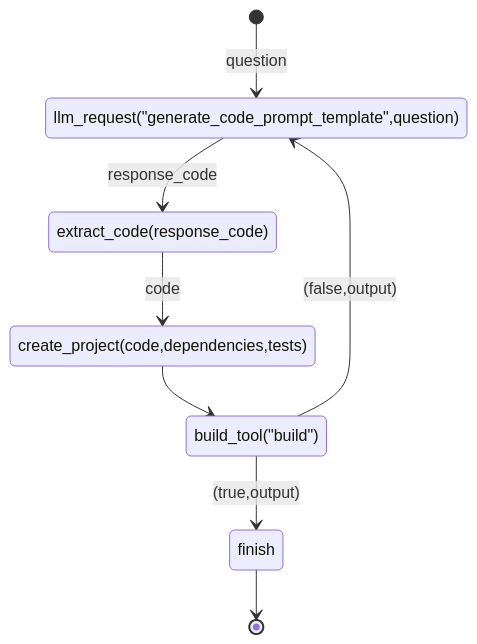
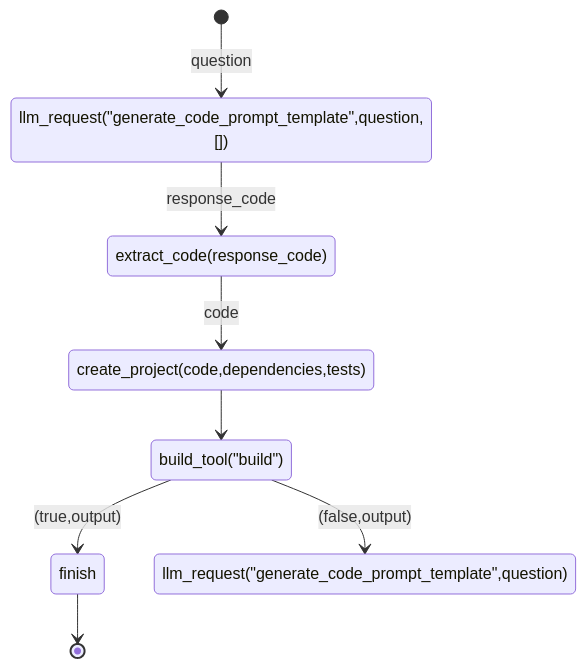
Before and after one commit to rizgan/LLM-Logic-Exec-Verify: the diagram in state.md, drawn with Mermaid.

````diff
--- a/state.md
+++ b/state.md
@@ -20,10 +20,10 @@
 ```mermaid
 stateDiagram
-[*] --> llm_request("generate_code_prompt_template",question) : question
-llm_request("generate_code_prompt_template",question) --> extract_code(response_code) : response_code
+[*] --> llm_request("generate_code_prompt_template",question,[]) : question
+llm_request("generate_code_prompt_template",question,[]) --> extract_code(response_code) : response_code
 extract_code(response_code) --> create_project(code,dependencies,tests) : code
 create_project(code,dependencies,tests) --> build_tool("build")
 build_tool("build") --> finish : (true,output) 
 build_tool("build") --> llm_request("generate_code_prompt_template",question) : (false,output) 
 finish --> [*]
 ```
````
